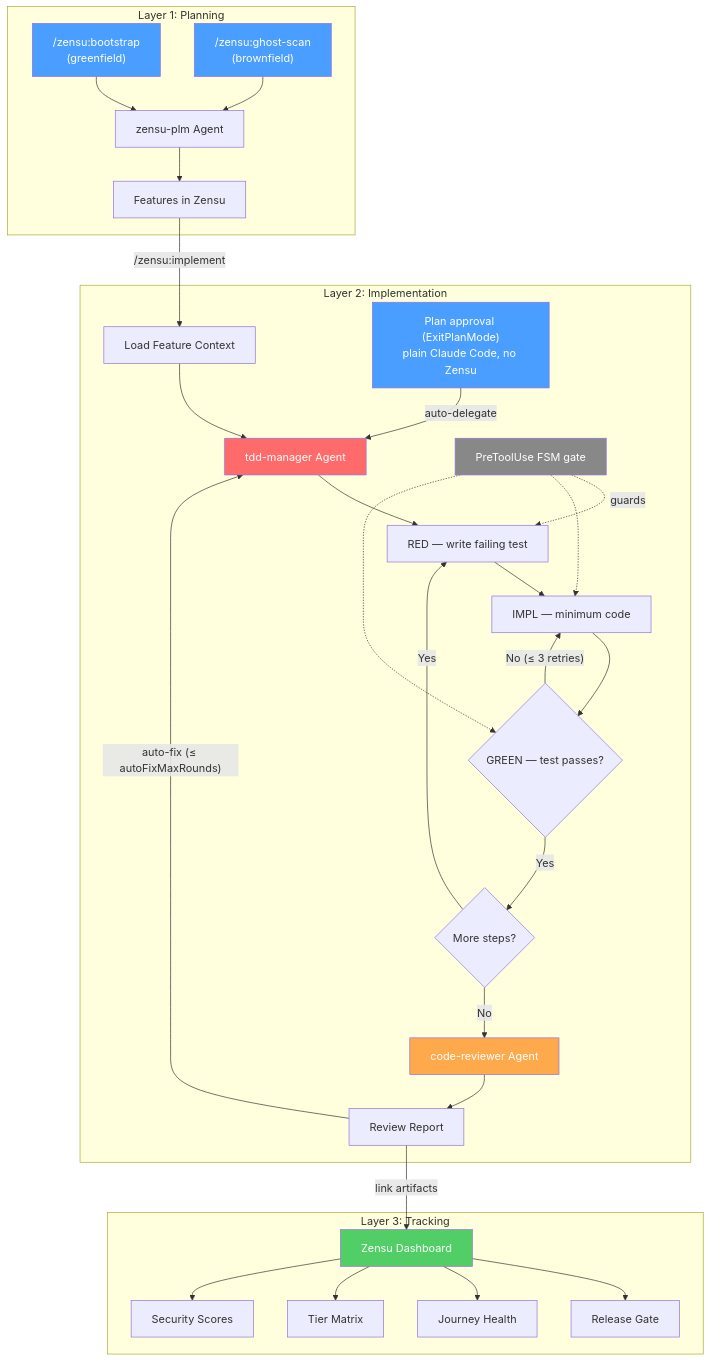
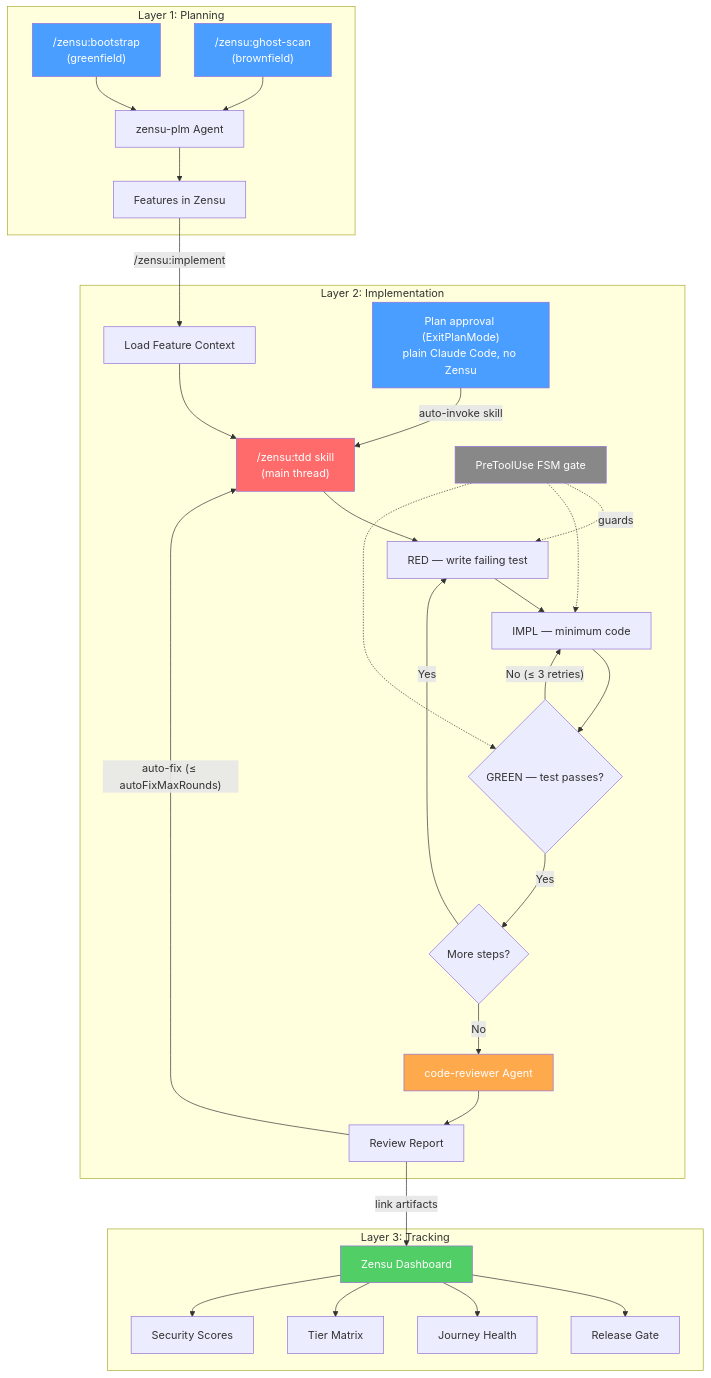
One commit to MKITConsulting/zensu-claude-code changed the diagram in README.md. Above: the diagram before and after it, drawn with Mermaid. The commit also changed other lines of this file and 30 other files, not shown here.

````diff
--- a/README.md
+++ b/README.md
@@ -26,42 +26,42 @@
 ```mermaid
 flowchart TD
     subgraph Planning["Layer 1: Planning"]
         A1["/zensu:bootstrap<br/>(greenfield)"] --> B["zensu-plm Agent"]
         A2["/zensu:ghost-scan<br/>(brownfield)"] --> B
         B --> C["Features in Zensu"]
     end
 
     subgraph Implementation["Layer 2: Implementation"]
         C -->|"/zensu:implement"| D["Load Feature Context"]
-        PLAIN["Plan approval (ExitPlanMode)<br/>plain Claude Code, no Zensu"] -->|"auto-delegate"| E
-        D --> E["tdd-manager Agent"]
+        PLAIN["Plan approval (ExitPlanMode)<br/>plain Claude Code, no Zensu"] -->|"auto-invoke skill"| E
+        D --> E["/zensu:tdd skill<br/>(main thread)"]
         E --> RED["RED — write failing test"]
         RED --> IMPL["IMPL — minimum code"]
         IMPL --> GREEN{"GREEN — test passes?"}
         GREEN -->|"No (≤ 3 retries)"| IMPL
         GREEN -->|"Yes"| NEXT{"More steps?"}
         NEXT -->|"Yes"| RED
         NEXT -->|"No"| K["code-reviewer Agent"]
         K --> L["Review Report"]
         L -->|"auto-fix (≤ autoFixMaxRounds)"| E
         GATE["PreToolUse FSM gate"] -.guards.-> RED
         GATE -.-> IMPL
         GATE -.-> GREEN
     end
 
     subgraph Tracking["Layer 3: Tracking"]
         L -->|"link artifacts"| M["Zensu Dashboard"]
         M --> Q["Release Gate"]
         M --> P["Journey Health"]
         M --> O["Tier Matrix"]
         M --> N["Security Scores"]
     end
 
     style A1 fill:#4a9eff,color:#fff
     style A2 fill:#4a9eff,color:#fff
     style PLAIN fill:#4a9eff,color:#fff
     style E fill:#ff6b6b,color:#fff
     style GATE fill:#888,color:#fff
     style K fill:#ffa94d,color:#fff
     style M fill:#51cf66,color:#fff
 ```
````
